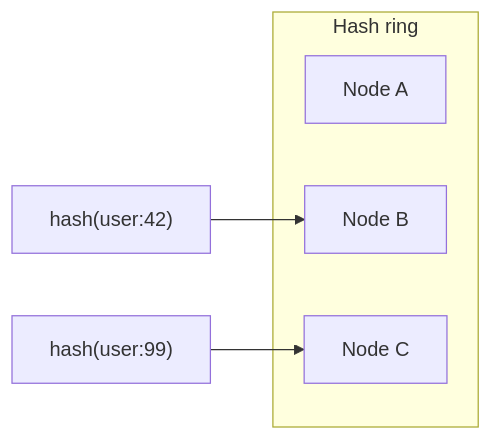
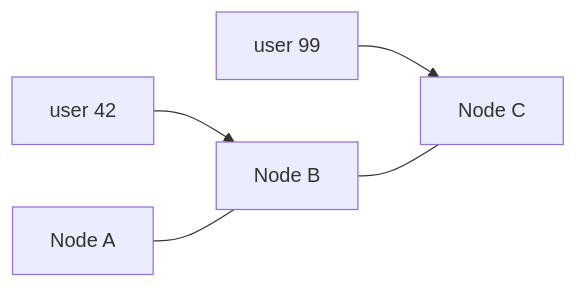
Before and after one commit to hareramcse/SystemDesign: diagram 17 of 17 in 01-networking/README.md, drawn with Mermaid. The commit also changed other lines of this file, not shown here.

````diff
--- a/01-networking/README.md
+++ b/01-networking/README.md
@@ -5420,10 +5270,6 @@
 ```mermaid
 flowchart LR
-    subgraph ring["Hash ring"]
-        N1[Node A]
-        N2[Node B]
-        N3[Node C]
-    end
-    K1["hash(user:42)"] --> N2
-    K2["hash(user:99)"] --> N3
+    K1["user 42"] --> N2[Node B]
+    K2["user 99"] --> N3[Node C]
+    N1[Node A] --- N2 --- N3
 ```
````
